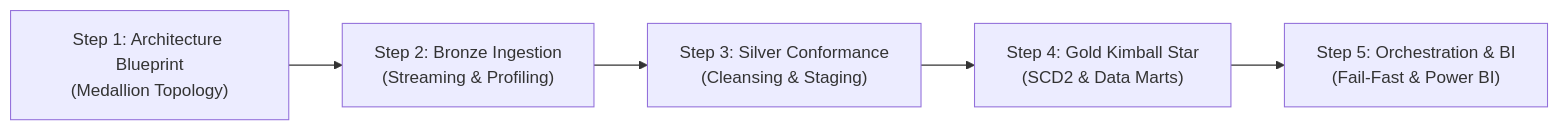
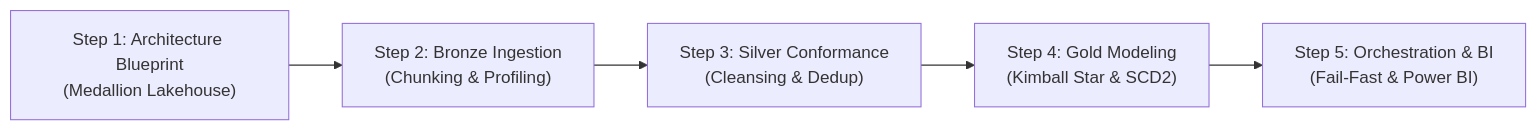
The second of 4 diagrams in README.md (thunx280-ctrl/medallion-datapipeline), drawn with Mermaid before and after one commit. The commit also changed other lines of this file, not shown here.

Commit message:
docs: streamline README with concise step-by-step descriptions, empirical data evidence, and verified benchmarks

````diff
--- a/README.md
+++ b/README.md
@@ -116,7 +92,7 @@
 ```mermaid
 flowchart LR
-    A["Step 1: Architecture Blueprint<br/>(Medallion Topology)"] --> B["Step 2: Bronze Ingestion<br/>(Streaming & Profiling)"]
-    B --> C["Step 3: Silver Conformance<br/>(Cleansing & Staging)"]
-    C --> D["Step 4: Gold Kimball Star<br/>(SCD2 & Data Marts)"]
+    A["Step 1: Architecture Blueprint<br/>(Medallion Lakehouse)"] --> B["Step 2: Bronze Ingestion<br/>(Chunking & Profiling)"]
+    B --> C["Step 3: Silver Conformance<br/>(Cleansing & Dedup)"]
+    C --> D["Step 4: Gold Modeling<br/>(Kimball Star & SCD2)"]
     D --> E["Step 5: Orchestration & BI<br/>(Fail-Fast & Power BI)"]
 ```
````
